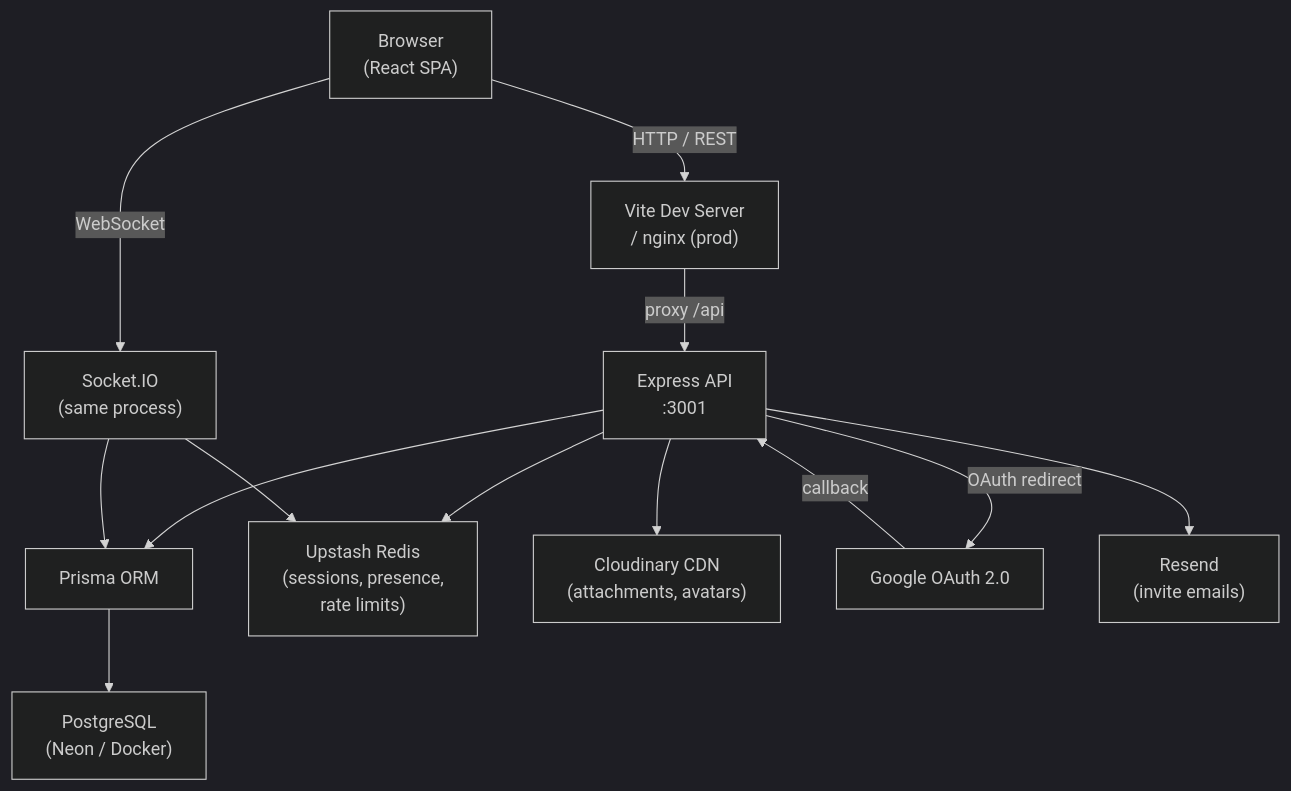
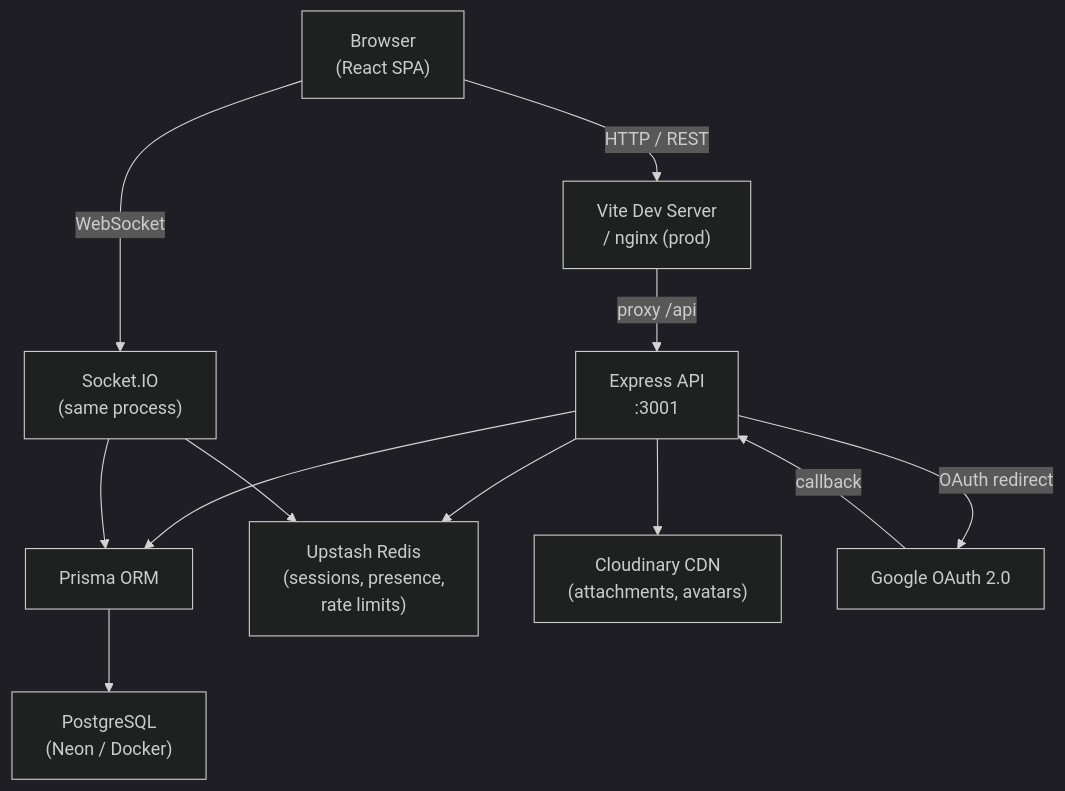
One commit to yuvrajsatyapal/FlowBoard changed the first of 7 diagrams in README.md. Above: the diagram before and after it, drawn with Mermaid (dark theme). The commit also changed other lines of this file and 2 other files, not shown here.

````diff
--- a/README.md
+++ b/README.md
@@ -257,26 +256,24 @@
 ```mermaid
 flowchart TD
     Browser["Browser\n(React SPA)"]
     Vite["Vite Dev Server\n/ nginx (prod)"]
     Express["Express API\n:3001"]
     SocketIO["Socket.IO\n(same process)"]
     Prisma["Prisma ORM"]
     PG["PostgreSQL\n(Neon / Docker)"]
     Redis["Upstash Redis\n(sessions, presence,\nrate limits)"]
     Cloudinary["Cloudinary CDN\n(attachments, avatars)"]
     Google["Google OAuth 2.0"]
-    Resend["Resend\n(invite emails)"]
 
     Browser -->|HTTP / REST| Vite
     Browser -->|WebSocket| SocketIO
     Vite -->|proxy /api| Express
     Express --> Prisma
     Express --> Redis
     Express --> Cloudinary
-    Express --> Resend
     Express -->|OAuth redirect| Google
     Google -->|callback| Express
     Prisma --> PG
     SocketIO --> Redis
     SocketIO --> Prisma
 ```
````
